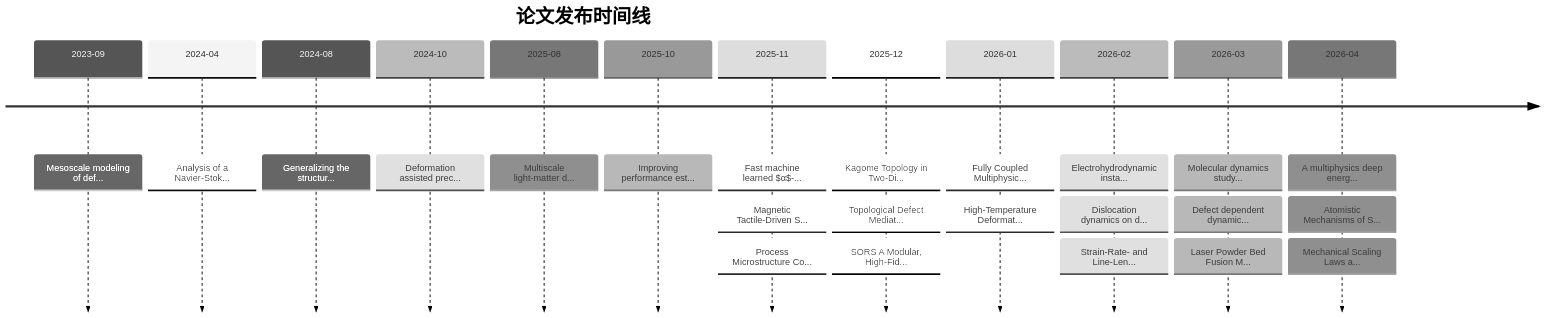
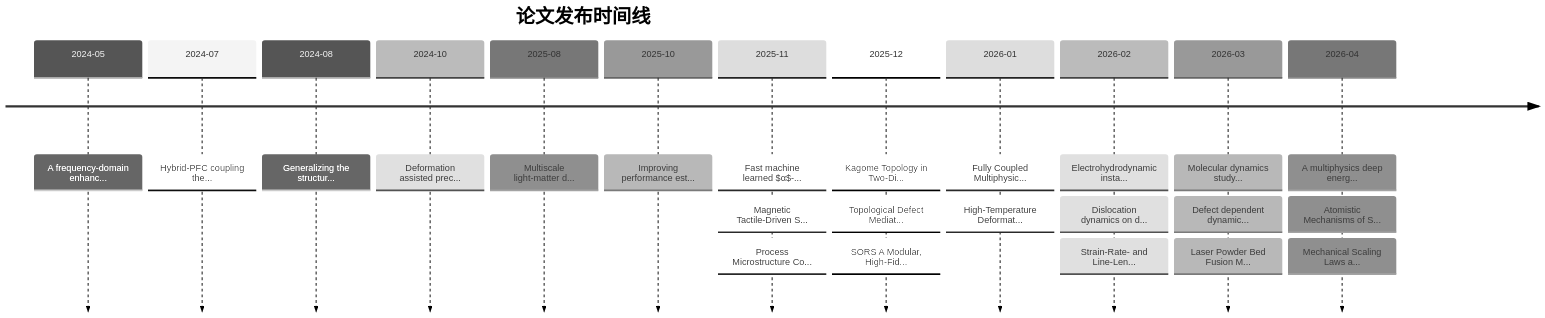
One commit to Shirakawa11111/BJK_readpaper changed the second of 2 diagrams in reports/knowledge_graph.md. Above: the diagram before and after it, drawn with Mermaid (neutral theme). The commit also changed other lines of this file and 11 other files, not shown here.

````diff
--- a/reports/knowledge_graph.md
+++ b/reports/knowledge_graph.md
@@ -119,16 +119,16 @@
 ```mermaid
 timeline
     title 论文发布时间线
-    2023-09 : Mesoscale modeling of def...
-    2024-04 : Analysis of a Navier-Stok...
+    2024-05 : A frequency-domain enhanc...
+    2024-07 : Hybrid-PFC coupling the...
     2024-08 : Generalizing the structur...
     2024-10 : Deformation assisted prec...
     2025-08 : Multiscale light-matter d...
     2025-10 : Improving performance est...
     2025-11 : Fast machine learned $α$-... : Magnetic Tactile-Driven S... : Process Microstructure Co...
     2025-12 : Kagome Topology in Two-Di... : Topological Defect Mediat... : SORS A Modular, High-Fid...
     2026-01 : Fully Coupled Multiphysic... : High-Temperature Deformat...
     2026-02 : Electrohydrodynamic insta... : Dislocation dynamics on d... : Strain-Rate- and Line-Len...
     2026-03 : Molecular dynamics study... : Defect dependent dynamic... : Laser Powder Bed Fusion M...
     2026-04 : A multiphysics deep energ... : Atomistic Mechanisms of S... : Mechanical Scaling Laws a...
 ```
````
